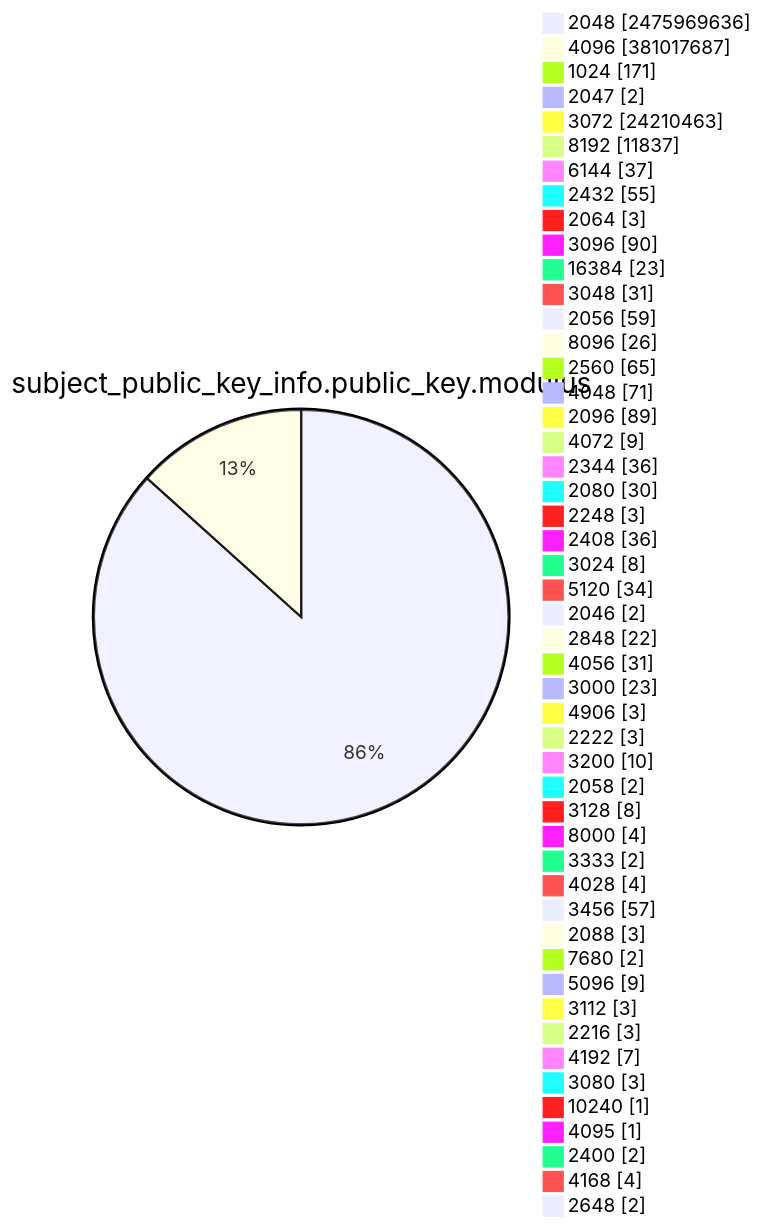
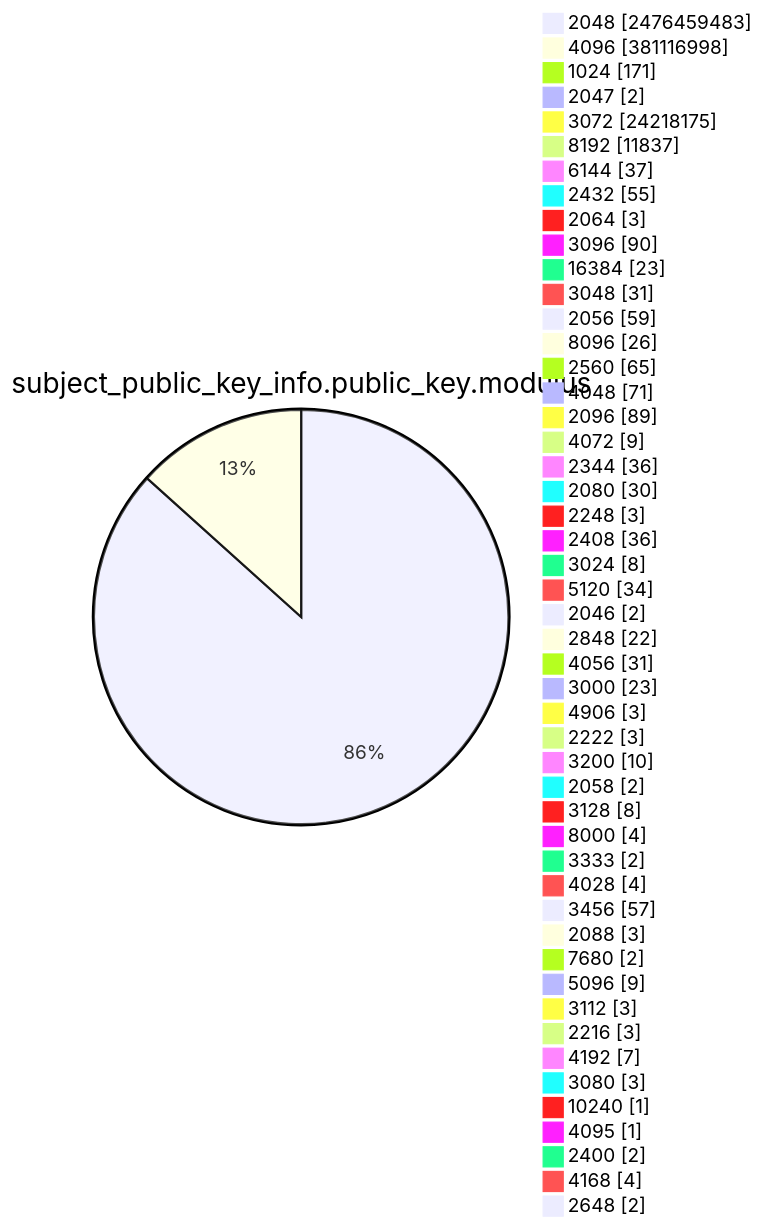
One commit to christiankrug/ctmonitor_visualization changed diagram 13 of 15 in TOTAL/README.md. Above: the diagram before and after it, drawn with Mermaid. The commit also changed other lines of this file, not shown here.

````diff
--- a/TOTAL/README.md
+++ b/TOTAL/README.md
@@ -4168,53 +4168,53 @@
 ```mermaid
 pie showData
 title subject_public_key_info.public_key.modulus
-"2048" :2475969636
-"4096" :381017687
+"2048" :2476459483
+"4096" :381116998
 "1024" :171
 "2047" :2
-"3072" :24210463
+"3072" :24218175
 "8192" :11837
 "6144" :37
 "2432" :55
 "2064" :3
 "3096" :90
 "16384" :23
 "3048" :31
 "2056" :59
 "8096" :26
 "2560" :65
 "4048" :71
 "2096" :89
 "4072" :9
 "2344" :36
 "2080" :30
 "2248" :3
 "2408" :36
 "3024" :8
 "5120" :34
 "2046" :2
 "2848" :22
 "4056" :31
 "3000" :23
 "4906" :3
 "2222" :3
 "3200" :10
 "2058" :2
 "3128" :8
 "8000" :4
 "3333" :2
 "4028" :4
 "3456" :57
 "2088" :3
 "7680" :2
 "5096" :9
 "3112" :3
 "2216" :3
 "4192" :7
 "3080" :3
 "10240" :1
 "4095" :1
 "2400" :2
 "4168" :4
 "2648" :2
 ```
````
